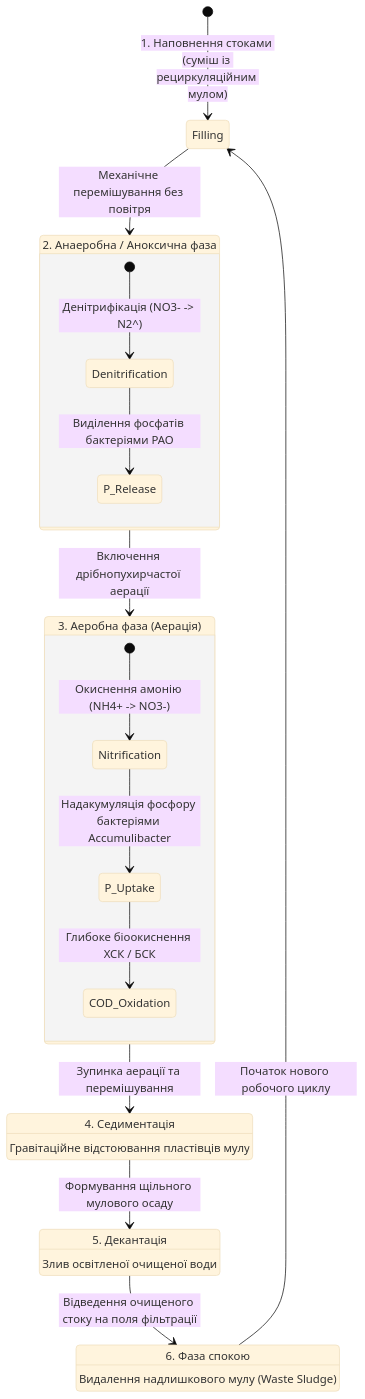
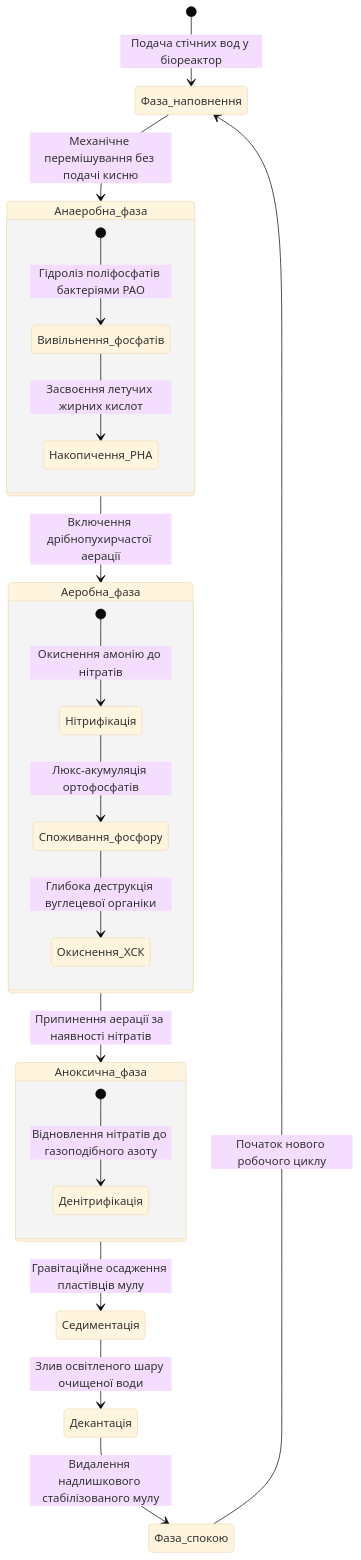
Before and after one commit to KyryloVadurin/eco-systems-analytics: the first of 4 diagrams in docs/lk/lk8.md, drawn with Mermaid (base theme). The commit also changed other lines of this file, not shown here.

````diff
--- a/docs/lk/lk8.md
+++ b/docs/lk/lk8.md
@@ -83,26 +73,23 @@
 ```mermaid
 stateDiagram-v2
-    [*] --> Filling: 1. Наповнення стоками (суміш із рециркуляційним мулом)
-    
-    state "2. Анаеробна / Аноксична фаза" as Anaerobic {
-        [*] --> Denitrification: Денітрифікація (NO3- -> N2^)
-        Denitrification --> P_Release: Виділення фосфатів бактеріями PAO
+    [*] --> Фаза_наповнення: Подача стічних вод у біореактор
+    Фаза_наповнення --> Анаеробна_фаза: Механічне перемішування без подачі кисню
+    state Анаеробна_фаза {
+        [*] --> Вивільнення_фосфатів: Гідроліз поліфосфатів бактеріями PAO
+        Вивільнення_фосфатів --> Накопичення_PHA: Засвоєння летучих жирних кислот
     }
-    
-    state "3. Аеробна фаза (Аерація)" as Aerobic {
-        [*] --> Nitrification: Окиснення амонію (NH4+ -> NO3-)
-        Nitrification --> P_Uptake: Надакумуляція фосфору бактеріями Accumulibacter
-        P_Uptake --> COD_Oxidation: Глибоке біоокиснення ХСК / БСК
+    Анаеробна_фаза --> Аеробна_фаза: Включення дрібнопухирчастої аерації
+    state Аеробна_фаза {
+        [*] --> Нітрифікація: Окиснення амонію до нітратів
+        Нітрифікація --> Споживання_фосфору: Люкс-акумуляція ортофосфатів
+        Споживання_фосфору --> Окиснення_ХСК: Глибока деструкція вуглецевої органіки
     }
-    
-    state "4. Седиментація" as Settling: Гравітаційне відстоювання пластівців мулу
-    state "5. Декантація" as Decant: Злив освітленої очищеної води
-    state "6. Фаза спокою" as Idle: Видалення надлишкового мулу (Waste Sludge)
-
-    Filling --> Anaerobic: Механічне перемішування без повітря
-    Anaerobic --> Aerobic: Включення дрібнопухирчастої аерації
-    Aerobic --> Settling: Зупинка аерації та перемішування
-    Settling --> Decant: Формування щільного мулового осаду
-    Decant --> Idle: Відведення очищеного стоку на поля фільтрації
-    Idle --> Filling: Початок нового робочого циклу
+    Аеробна_фаза --> Аноксична_фаза: Припинення аерації за наявності нітратів
+    state Аноксична_фаза {
+        [*] --> Денітрифікація: Відновлення нітратів до газоподібного азоту
+    }
+    Аноксична_фаза --> Седиментація: Гравітаційне осадження пластівців мулу
+    Седиментація --> Декантація: Злив освітленого шару очищеної води
+    Декантація --> Фаза_спокою: Видалення надлишкового стабілізованого мулу
+    Фаза_спокою --> Фаза_наповнення: Початок нового робочого циклу
 ```
````
